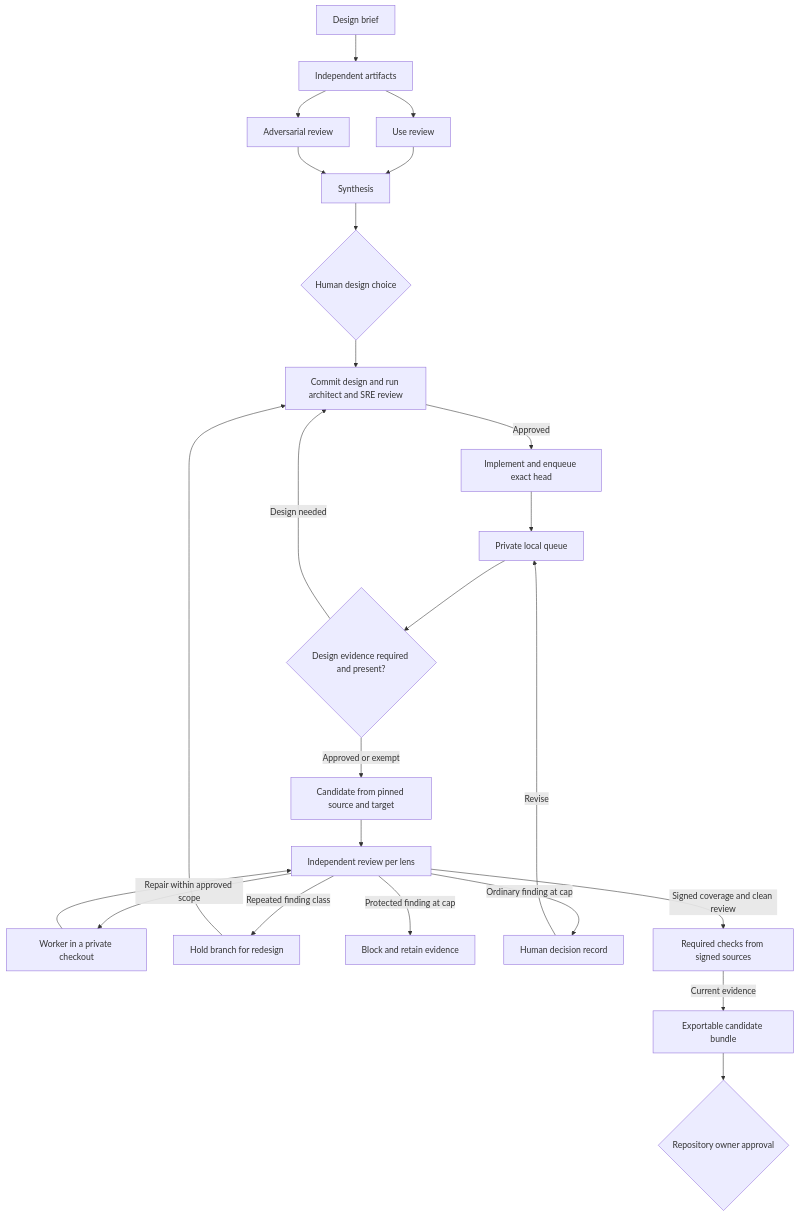
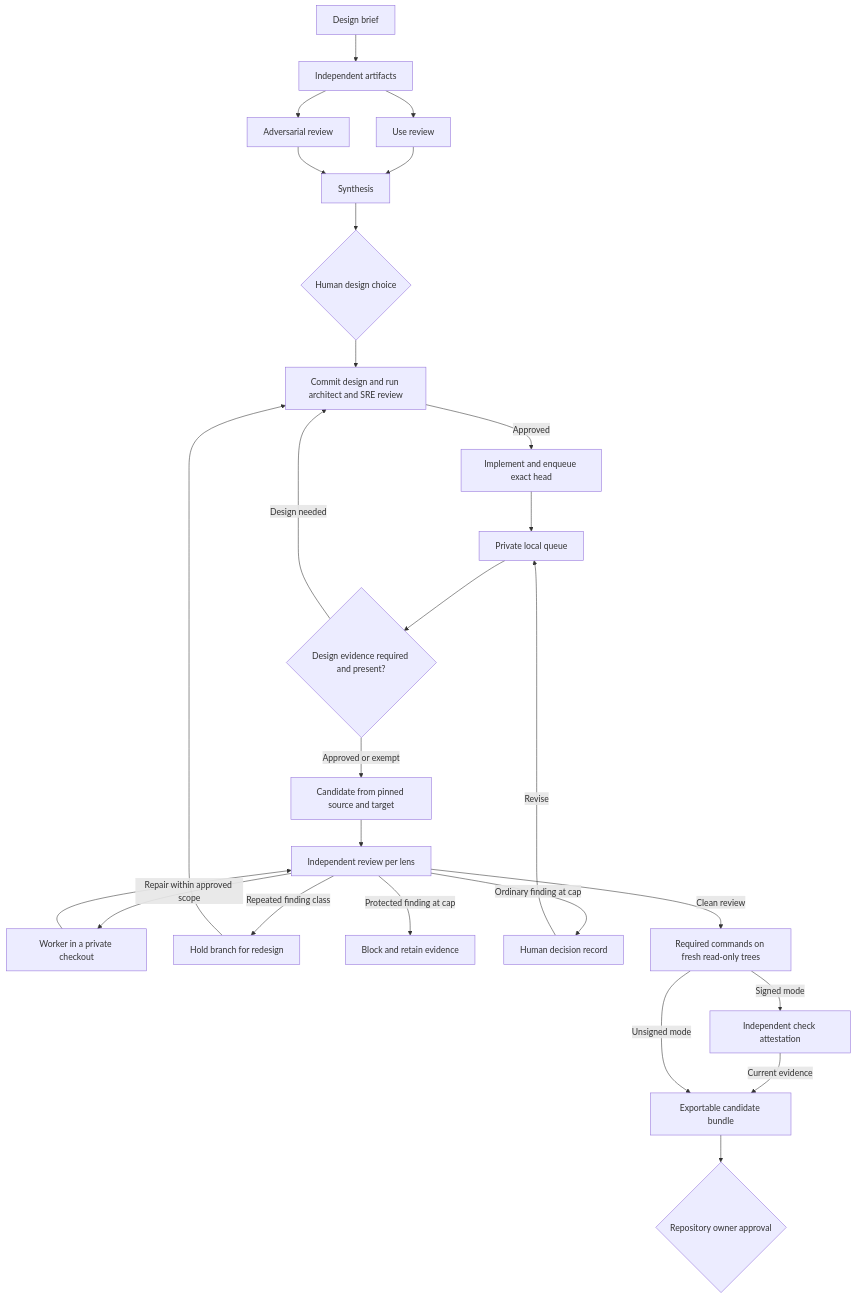
The diagram in docs/architecture.md (JDeun/kevin-agent-kit), drawn with Mermaid before and after one commit. The commit also changed other lines of this file and 35 other files, not shown here.

````diff
--- a/docs/architecture.md
+++ b/docs/architecture.md
@@ -10,26 +10,28 @@
 ```mermaid
 flowchart TD
     Brief["Design brief"] --> Alternatives["Independent artifacts"]
     Alternatives --> Use["Use review"]
     Alternatives --> Adversarial["Adversarial review"]
     Use --> Summary["Synthesis"]
     Adversarial --> Summary
     Summary --> Choice{"Human design choice"}
     Choice --> Design["Commit design and run architect and SRE review"]
     Design -->|Approved| Branch["Implement and enqueue exact head"]
     Branch --> Queue["Private local queue"]
     Queue --> Admission{"Design evidence required and present?"}
     Admission -->|Design needed| Design
     Admission -->|Approved or exempt| Snapshot["Candidate from pinned source and target"]
     Snapshot --> Review["Independent review per lens"]
     Review -->|Repair within approved scope| Worker["Worker in a private checkout"]
     Worker --> Review
     Review -->|Repeated finding class| Forest["Hold branch for redesign"]
     Forest --> Design
     Review -->|Protected finding at cap| Blocked["Block and retain evidence"]
     Review -->|Ordinary finding at cap| Record["Human decision record"]
     Record -->|Revise| Queue
-    Review -->|Signed coverage and clean review| Verify["Required checks from signed sources"]
-    Verify -->|Current evidence| Bundle["Exportable candidate bundle"]
+    Review -->|Clean review| Verify["Required commands on fresh read-only trees"]
+    Verify -->|Signed mode| Attest["Independent check attestation"]
+    Attest -->|Current evidence| Bundle
+    Verify -->|Unsigned mode| Bundle["Exportable candidate bundle"]
     Bundle --> Release{"Repository owner approval"}
 ```
````
